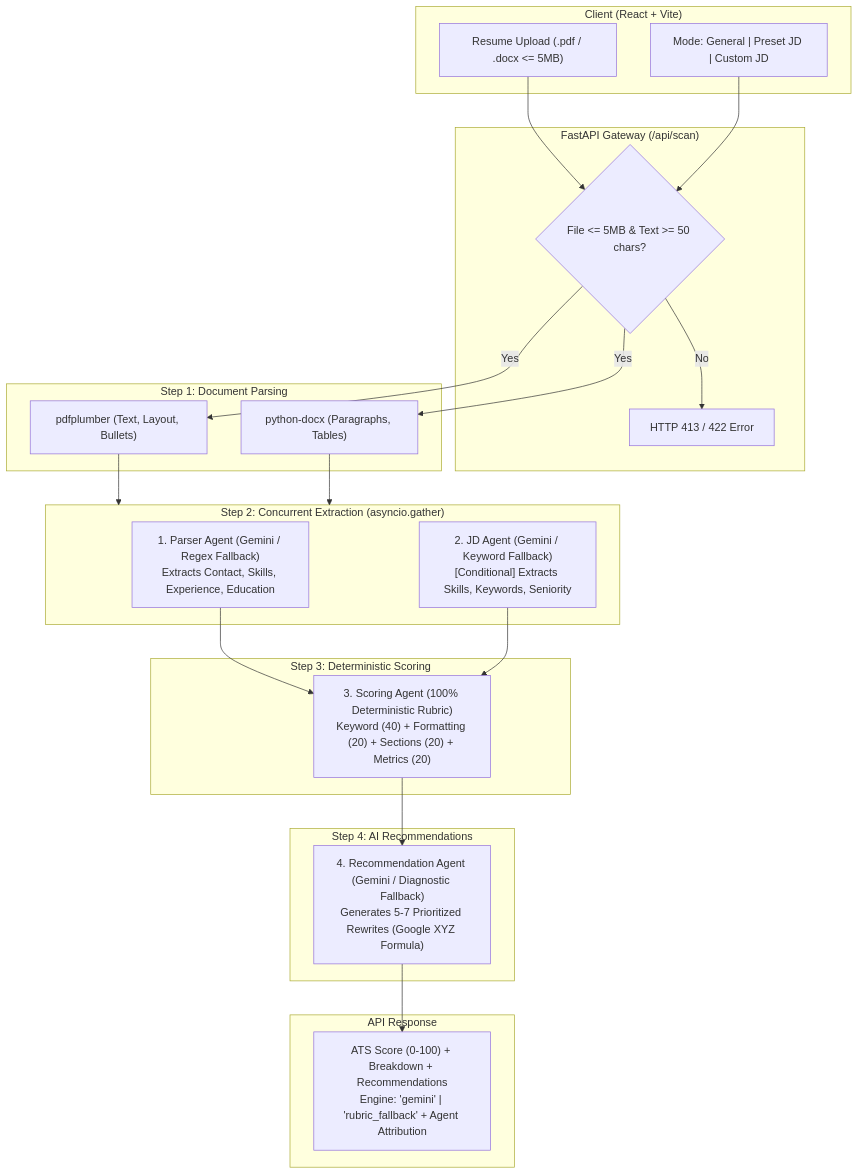
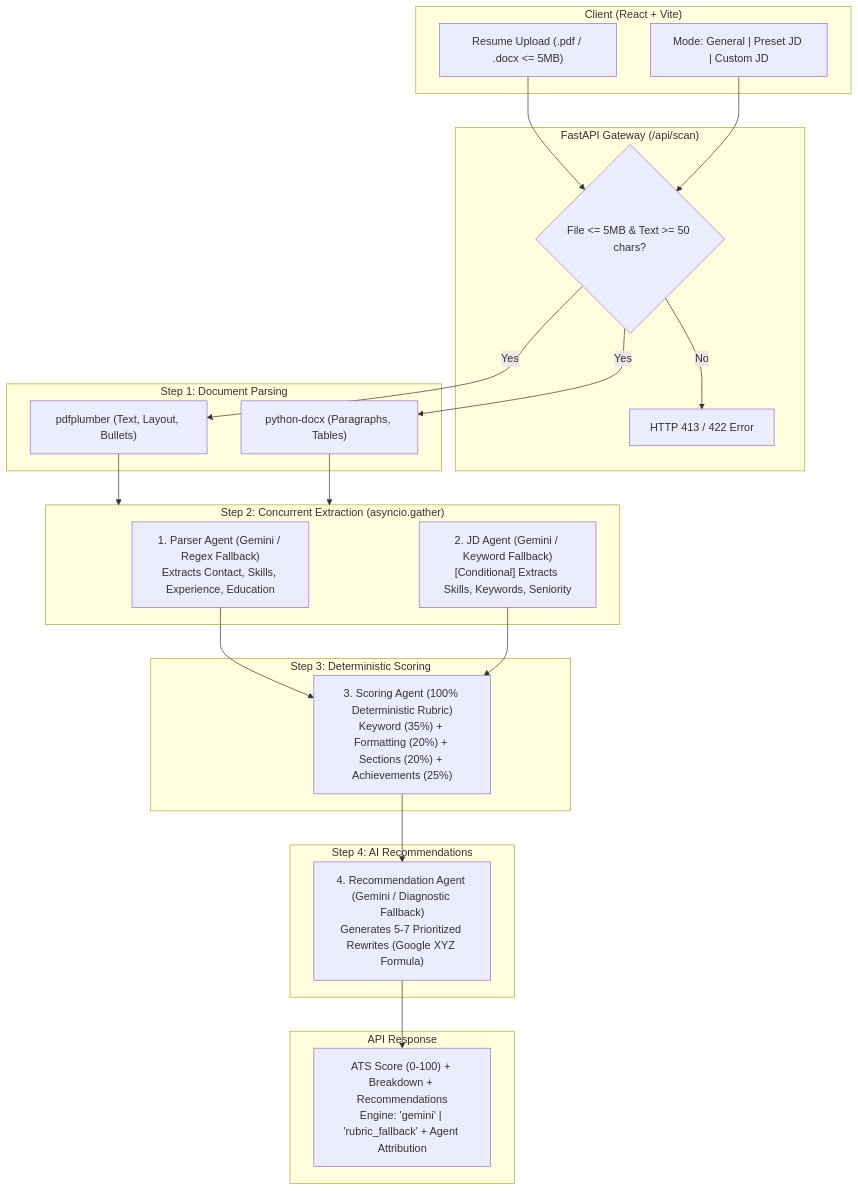
Before and after one commit to arawat837/ResumeFit: the diagram in README.md, drawn with Mermaid. The commit also changed other lines of this file and 3 other files, not shown here.

````diff
--- a/README.md
+++ b/README.md
@@ -62,43 +62,43 @@
 ```mermaid
 flowchart TD
     subgraph Client["Client (React + Vite)"]
         Upload["Resume Upload (.pdf / .docx <= 5MB)"]
         Mode["Mode: General | Preset JD | Custom JD"]
     end
 
     subgraph API["FastAPI Gateway (/api/scan)"]
         Validator{"File <= 5MB & Text >= 50 chars?"}
         Reject["HTTP 413 / 422 Error"]
     end
 
     subgraph Step1["Step 1: Document Parsing"]
         PDFParser["pdfplumber (Text, Layout, Bullets)"]
         DOCXParser["python-docx (Paragraphs, Tables)"]
     end
 
     subgraph Step2["Step 2: Concurrent Extraction (asyncio.gather)"]
         ParserAgent["1. Parser Agent (Gemini / Regex Fallback)\nExtracts Contact, Skills, Experience, Education"]
         JDAgent["2. JD Agent (Gemini / Keyword Fallback)\n[Conditional] Extracts Skills, Keywords, Seniority"]
     end
 
     subgraph Step3["Step 3: Deterministic Scoring"]
-        ScoringAgent["3. Scoring Agent (100% Deterministic Rubric)\nKeyword (40) + Formatting (20) + Sections (20) + Metrics (20)"]
+        ScoringAgent["3. Scoring Agent (100% Deterministic Rubric)\nKeyword (35%) + Formatting (20%) + Sections (20%) + Achievements (25%)"]
     end
 
     subgraph Step4["Step 4: AI Recommendations"]
         RecAgent["4. Recommendation Agent (Gemini / Diagnostic Fallback)\nGenerates 5-7 Prioritized Rewrites (Google XYZ Formula)"]
     end
 
     subgraph Response["API Response"]
         Payload["ATS Score (0-100) + Breakdown + Recommendations\nEngine: 'gemini' | 'rubric_fallback' + Agent Attribution"]
     end
 
     Upload --> Validator
     Mode --> Validator
     Validator -- No --> Reject
     Validator -- Yes --> PDFParser & DOCXParser
     PDFParser & DOCXParser --> Step2
     ParserAgent & JDAgent --> ScoringAgent
     ScoringAgent --> RecAgent
     RecAgent --> Payload
 ```
````
